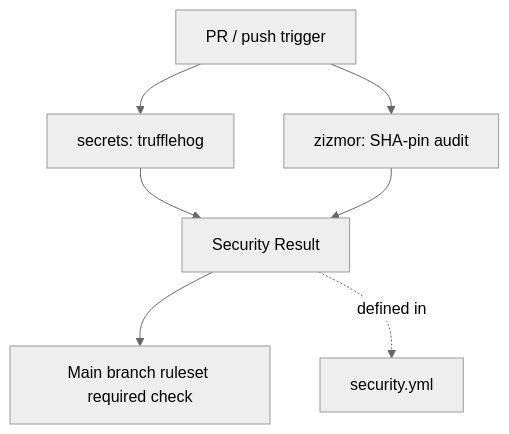
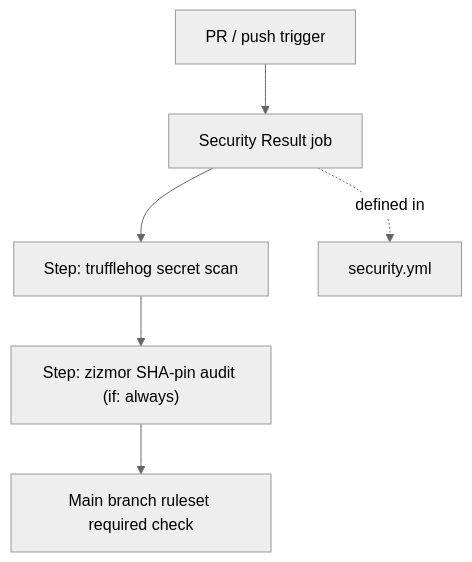
One commit to clouatre-labs/agentic-coder-skill changed the first of 2 diagrams in docs/REPO-STANDARDS.md. Above: the diagram before and after it, drawn with Mermaid (neutral theme). The commit also changed other lines of this file and 2 other files, not shown here.

First line of the commit message:
ci(workflows): consolidate CI and security jobs to cut Actions minutes (#6)

````diff
--- a/docs/REPO-STANDARDS.md
+++ b/docs/REPO-STANDARDS.md
@@ -417,9 +354,8 @@
 ```mermaid
 graph TD
-    TRIGGER[PR / push trigger] --> SECRETS[secrets: trufflehog]
-    TRIGGER --> ZIZMOR[zizmor: SHA-pin audit]
-    SECRETS --> GATE[Security Result]
-    ZIZMOR --> GATE
-    GATE --> RULESET[Main branch ruleset required check]
-    GATE -.->|defined in| LABEL[security.yml]
+    TRIGGER[PR / push trigger] --> JOB[Security Result job]
+    JOB --> SECRETS[Step: trufflehog secret scan]
+    SECRETS --> ZIZMOR["Step: zizmor SHA-pin audit (if: always)"]
+    ZIZMOR --> RULESET[Main branch ruleset required check]
+    JOB -.->|defined in| LABEL[security.yml]
 ```
````
